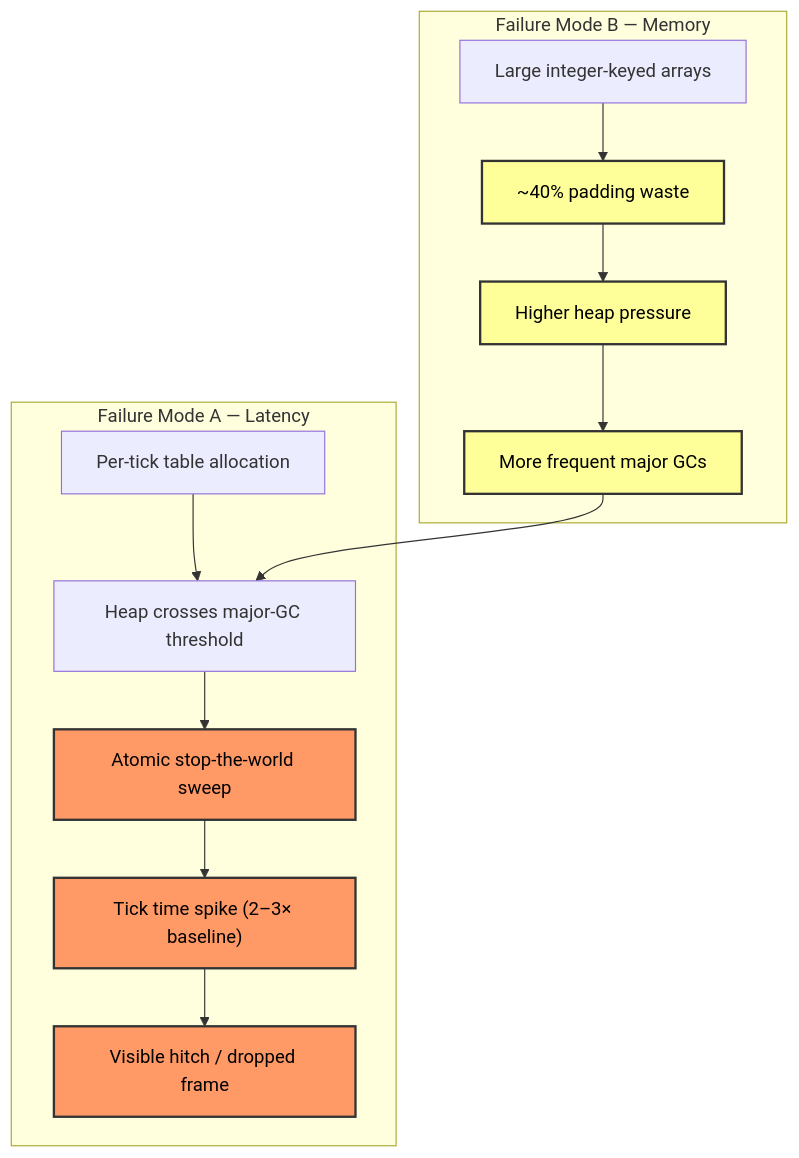
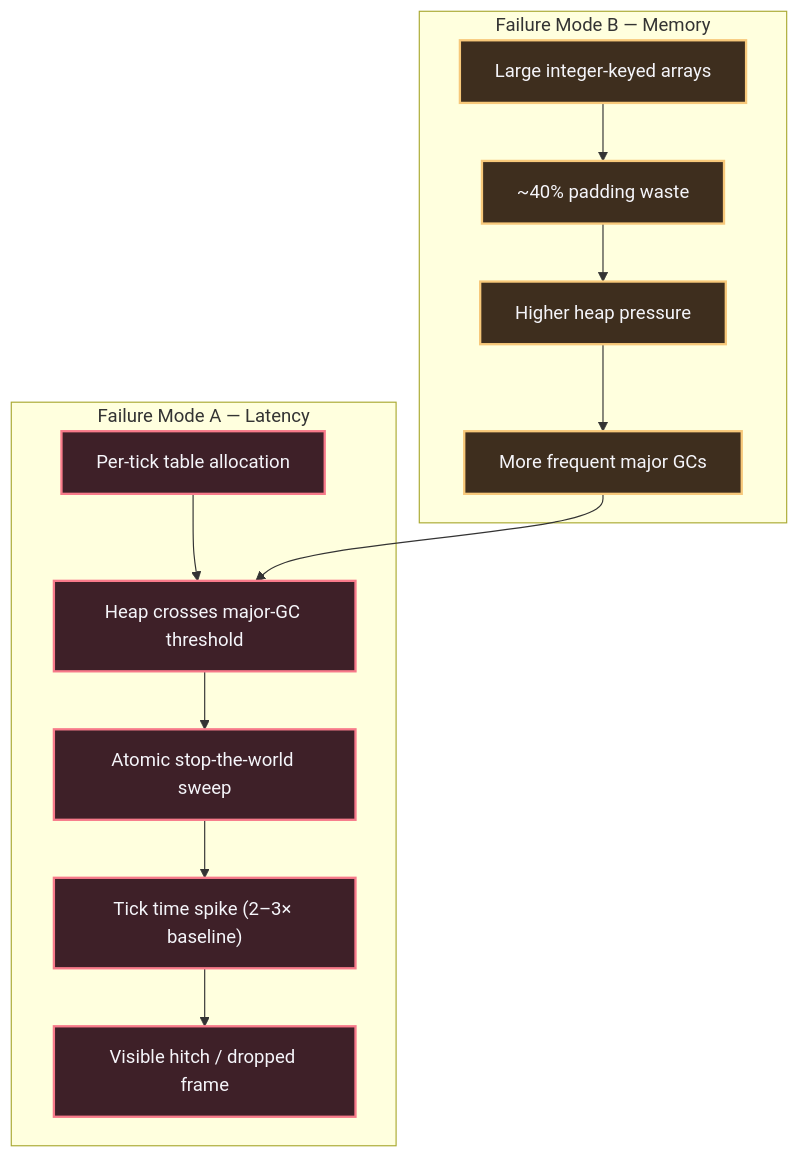
The first of 7 diagrams in content/Engine shit/O3DE/Atomic/8 Lua 5.5.1.md (Astin-A/the-workshop), drawn with Mermaid before and after one commit. The commit also changed other lines of this file and 24 other files, not shown here.

````diff
--- a/content/Engine shit/O3DE/Atomic/8 Lua 5.5.1.md
+++ b/content/Engine shit/O3DE/Atomic/8 Lua 5.5.1.md
@@ -26,23 +26,23 @@
 ```mermaid
 graph TD
     subgraph "Failure Mode A — Latency"
         A1[Per-tick table allocation] --> A2[Heap crosses major-GC threshold]
         A2 --> A3[Atomic stop-the-world sweep]
         A3 --> A4["Tick time spike (2–3× baseline)"]
         A4 --> A5[Visible hitch / dropped frame]
     end
     
     subgraph "Failure Mode B — Memory"
         B1[Large integer-keyed arrays] --> B2["~40% padding waste"]
         B2 --> B3[Higher heap pressure]
         B3 --> B4[More frequent major GCs]
         B4 --> A2
     end
-    
-    style A3 fill:#f96,stroke:#333,stroke-width:2px,color:#000
-    style A4 fill:#f96,stroke:#333,stroke-width:2px,color:#000
-    style A5 fill:#f96,stroke:#333,stroke-width:2px,color:#000
-    style B2 fill:#ff9,stroke:#333,stroke-width:2px,color:#000
-    style B3 fill:#ff9,stroke:#333,stroke-width:2px,color:#000
-    style B4 fill:#ff9,stroke:#333,stroke-width:2px,color:#000
+
+    classDef danger fill:#3e2028,stroke:#f77a8a,stroke-width:2px,color:#f5f5fa;
+    classDef warning fill:#3e2e1e,stroke:#f7c87a,stroke-width:2px,color:#f5f5fa;
+
+    class A1,A2 danger;
+    class A3,A4,A5 danger;
+    class B1,B2,B3,B4 warning;
 ```
````
